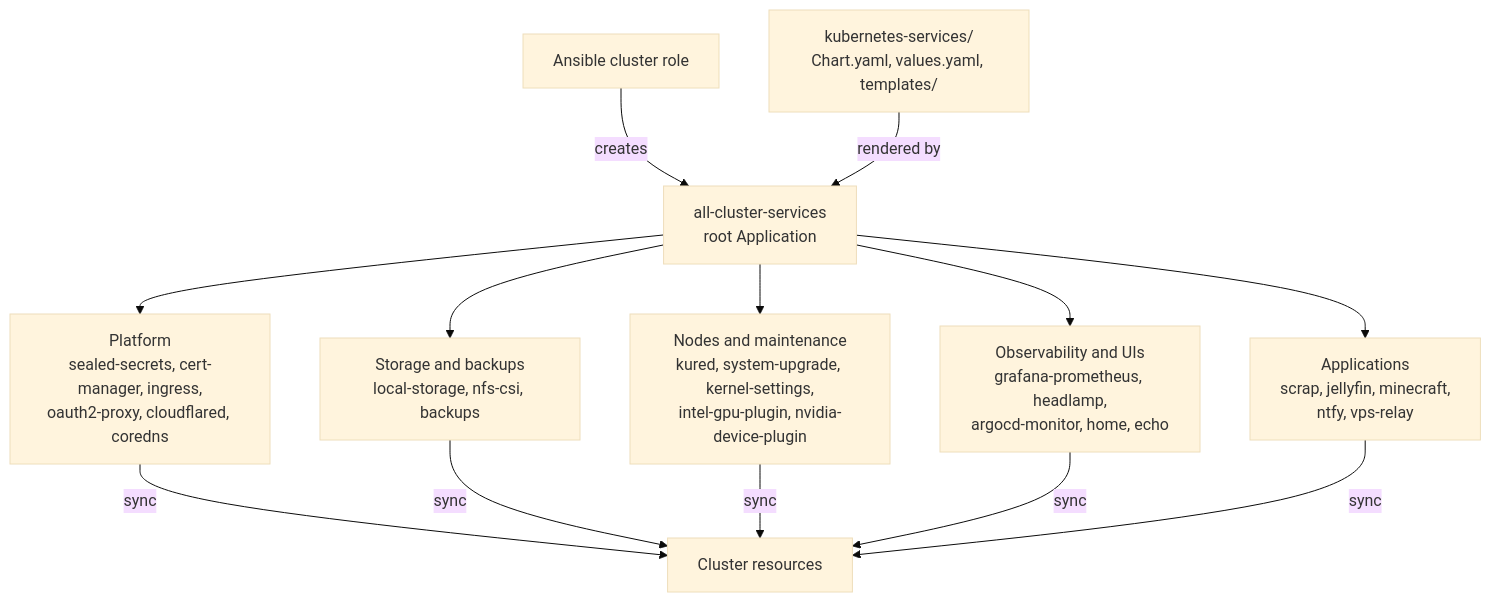
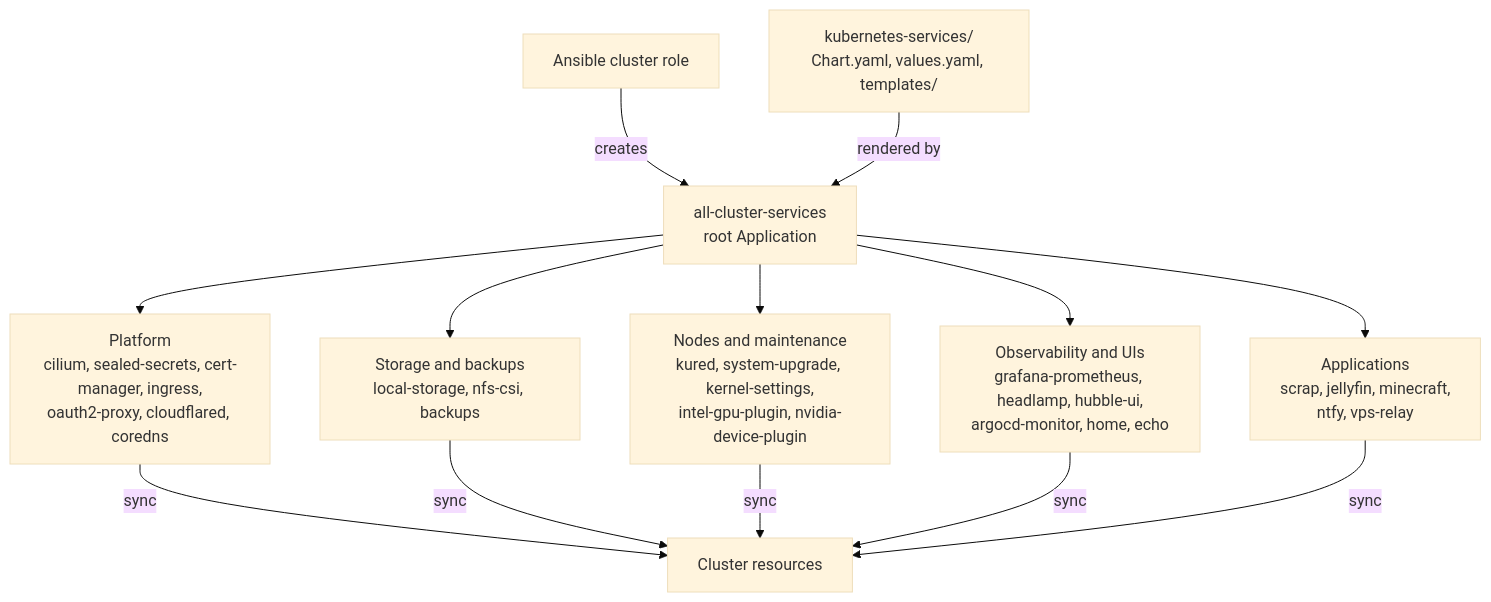
One commit to gilesknap/tpi-k3s-ansible changed the first of 3 diagrams in docs/explanations/architecture/gitops.md. Above: the diagram before and after it, drawn with Mermaid (base theme). The commit also changed other lines of this file and 38 other files, not shown here.

First line of the commit message:
Replace flannel, kube-proxy and k3s's policy controller with Cilium

````diff
--- a/docs/explanations/architecture/gitops.md
+++ b/docs/explanations/architecture/gitops.md
@@ -37,13 +37,13 @@
 ```mermaid
 flowchart TB
     ANS["Ansible cluster role"] -->|"creates"| ROOT["all-cluster-services<br/>root Application"]
     REPO["kubernetes-services/<br/>Chart.yaml, values.yaml, templates/"] -->|"rendered by"| ROOT
 
-    ROOT --> P["Platform<br/>sealed-secrets, cert-manager, ingress,<br/>oauth2-proxy, cloudflared, coredns"]
+    ROOT --> P["Platform<br/>cilium, sealed-secrets, cert-manager, ingress,<br/>oauth2-proxy, cloudflared, coredns"]
     ROOT --> S["Storage and backups<br/>local-storage, nfs-csi, backups"]
     ROOT --> M["Nodes and maintenance<br/>kured, system-upgrade, kernel-settings,<br/>intel-gpu-plugin, nvidia-device-plugin"]
-    ROOT --> O["Observability and UIs<br/>grafana-prometheus, headlamp,<br/>argocd-monitor, home, echo"]
+    ROOT --> O["Observability and UIs<br/>grafana-prometheus, headlamp, hubble-ui,<br/>argocd-monitor, home, echo"]
     ROOT --> A["Applications<br/>scrap, jellyfin, minecraft,<br/>ntfy, vps-relay"]
 
     P & S & M & O & A -->|"sync"| K["Cluster resources"]
 ```
````
